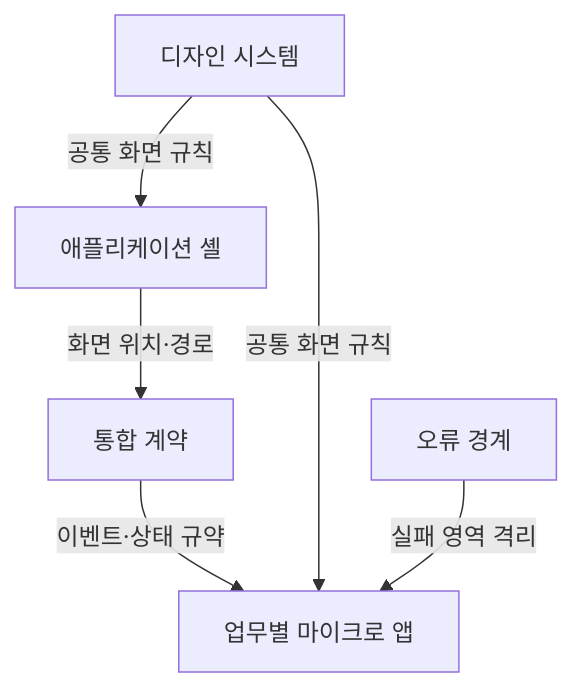
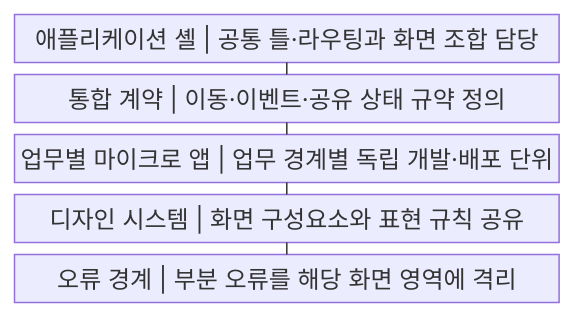
Before and after one commit to agnusdei1207/knowledge-base: the first of 2 diagrams in src/content/docs/notes/03-software/217_micro_frontend.md, drawn with Mermaid. The commit also changed other lines of this file and 20 other files, not shown here.

````diff
--- a/src/content/docs/notes/03-software/217_micro_frontend.md
+++ b/src/content/docs/notes/03-software/217_micro_frontend.md
@@ -55,13 +54,13 @@
 ```mermaid
-flowchart TB
-    A["애플리케이션 셸"]
-    B["통합 계약"]
-    C["업무별 마이크로 앱"]
-    D["디자인 시스템"]
-    E["오류 경계"]
-    A -->|화면 위치·경로| B
-    B -->|이벤트·상태 규약| C
-    D -->|공통 화면 규칙| A
-    D -->|공통 화면 규칙| C
-    E -->|실패 영역 격리| C
+block
+    columns 1
+    A["애플리케이션 셸 | 공통 틀·라우팅과 화면 조합 담당"]
+    B["통합 계약 | 이동·이벤트·공유 상태 규약 정의"]
+    C["업무별 마이크로 앱 | 업무 경계별 독립 개발·배포 단위"]
+    D["디자인 시스템 | 화면 구성요소와 표현 규칙 공유"]
+    E["오류 경계 | 부분 오류를 해당 화면 영역에 격리"]
+    A --- B
+    B --- C
+    C --- D
+    D --- E
 ```
````
